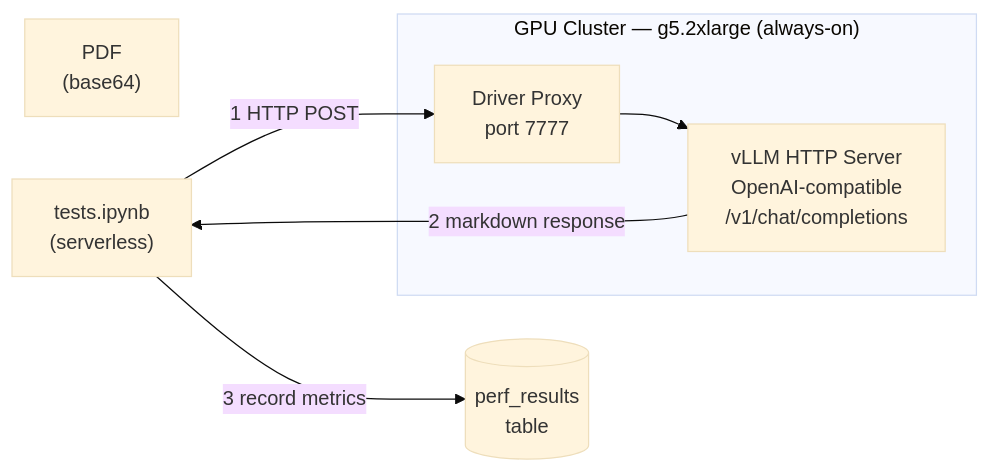
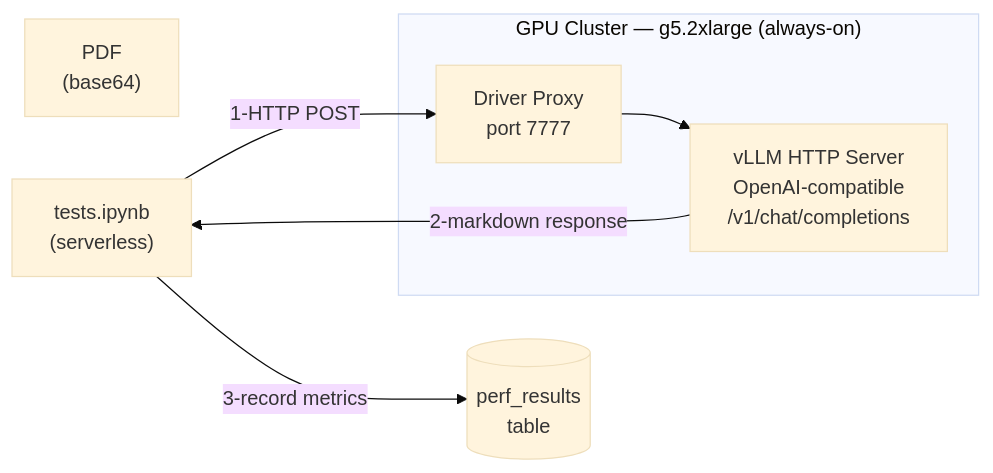
The second of 2 diagrams in README.md (manganganath/doc_parsing_mineru_vllm_databricks), drawn with Mermaid (base theme) before and after one commit. The commit also changed other lines of this file, not shown here.

````diff
--- a/README.md
+++ b/README.md
@@ -38,16 +38,16 @@
 ```mermaid
 flowchart LR
     PDF["PDF<br/>(base64)"]
     Tests["tests.ipynb<br/>(serverless)"]
     Perf[("perf_results<br/>table")]
 
     subgraph GPU["GPU Cluster — g5.2xlarge (always-on)"]
         Proxy["Driver Proxy<br/>port 7777"]
         VLLM["vLLM HTTP Server<br/>OpenAI-compatible<br/>/v1/chat/completions"]
         Proxy --> VLLM
     end
 
-    Tests -- "1 HTTP POST" --> Proxy
-    VLLM -- "2 markdown response" --> Tests
-    Tests -- "3 record metrics" --> Perf
+    Tests -- "1-HTTP POST" --> Proxy
+    VLLM -- "2-markdown response" --> Tests
+    Tests -- "3-record metrics" --> Perf
 ```
````
